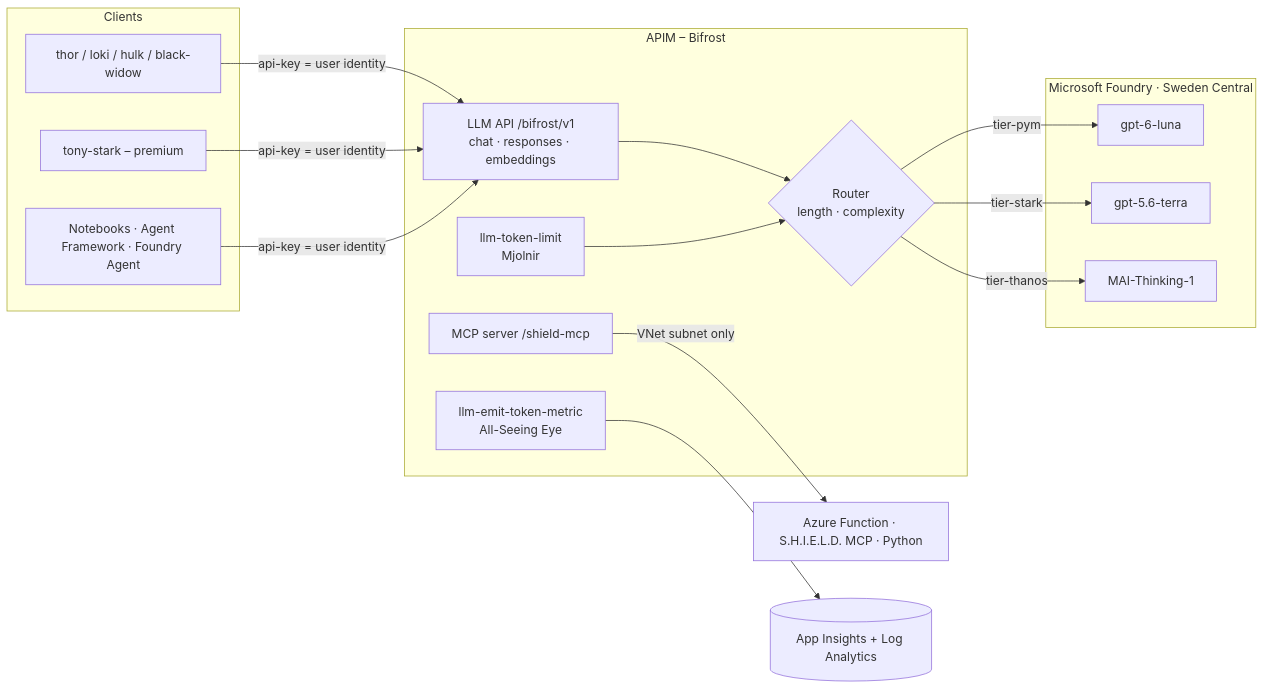
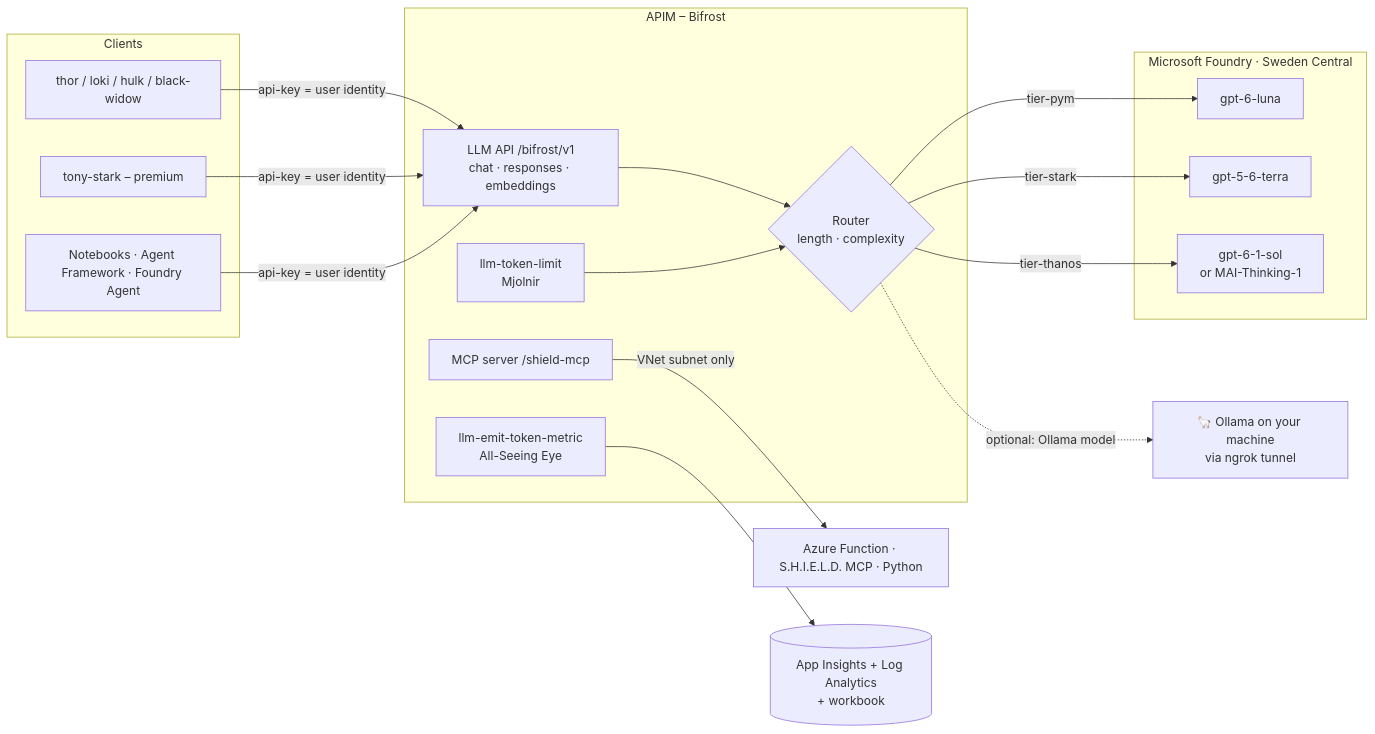
One commit to nampacx/Azue-APIM-LLM-Gateway changed the diagram in README.md. Above: the diagram before and after it, drawn with Mermaid. The commit also changed other lines of this file and 8 other files, not shown here.

First line of the commit message:
Foundry agent on the local model, gemma4:e4b default, local-ollama docs, README rework

````diff
--- a/README.md
+++ b/README.md
@@ -18,24 +31,25 @@
 ```mermaid
 flowchart LR
   subgraph Clients
     T[thor / loki / hulk / black-widow]:::c
     S[tony-stark – premium]:::c
     N[Notebooks · Agent Framework · Foundry Agent]:::c
   end
   T & S & N -->|api-key = user identity| B
   subgraph Bifrost[APIM – Bifrost]
     B[LLM API /bifrost/v1<br/>chat · responses · embeddings] --> R{Router<br/>length · complexity}
     L[llm-token-limit<br/>Mjolnir]:::p --> R
     M[llm-emit-token-metric<br/>All-Seeing Eye]:::p
     MCP[MCP server /shield-mcp]
   end
   R -->|tier-pym| F1[gpt-6-luna]
-  R -->|tier-stark| F2[gpt-5.6-terra]
-  R -->|tier-thanos| F3[MAI-Thinking-1]
+  R -->|tier-stark| F2[gpt-5-6-terra]
+  R -->|tier-thanos| F3[gpt-6-1-sol<br/>or MAI-Thinking-1]
   subgraph Foundry[Microsoft Foundry · Sweden Central]
     F1; F2; F3
   end
+  R -.->|optional: Ollama model| O[🦙 Ollama on your machine<br/>via ngrok tunnel]
   MCP -->|VNet subnet only| FN[Azure Function · S.H.I.E.L.D. MCP · Python]
-  M --> AI[(App Insights + Log Analytics)]
+  M --> AI[(App Insights + Log Analytics<br/>+ workbook)]
   classDef c fill:#eef;classDef p fill:#fed
 ```
````
